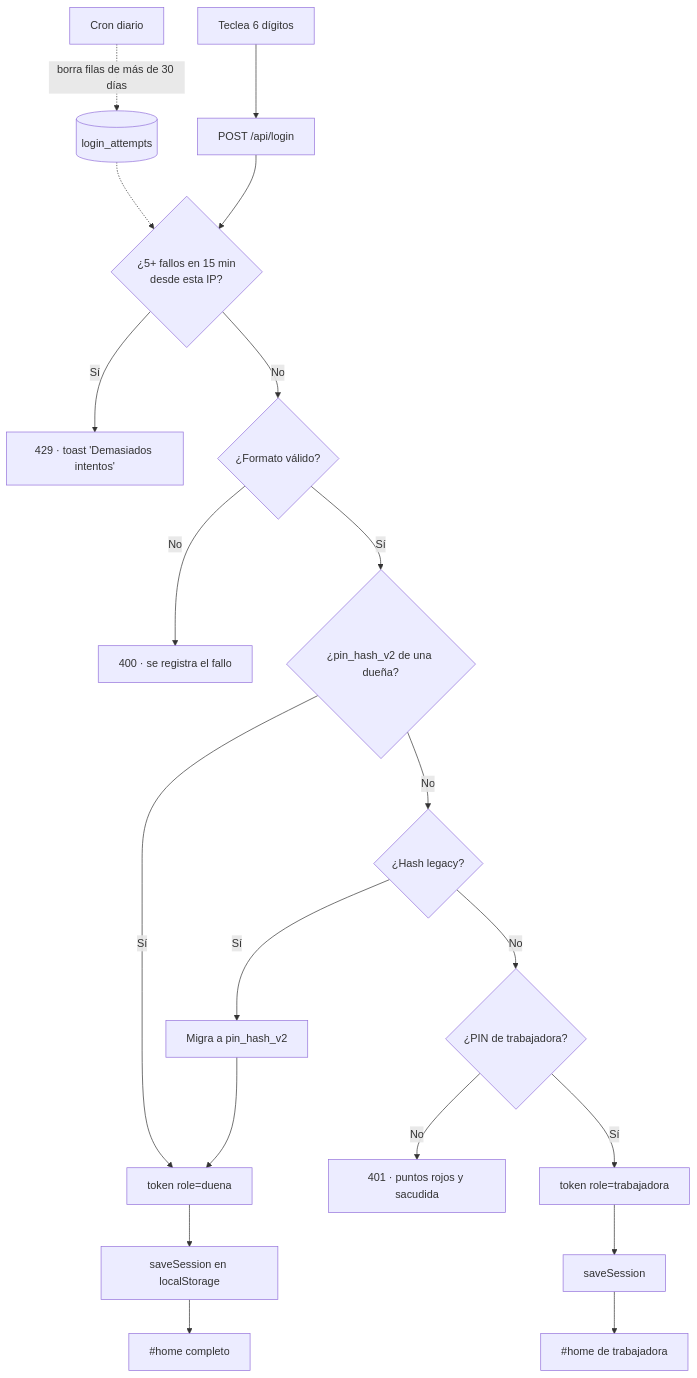
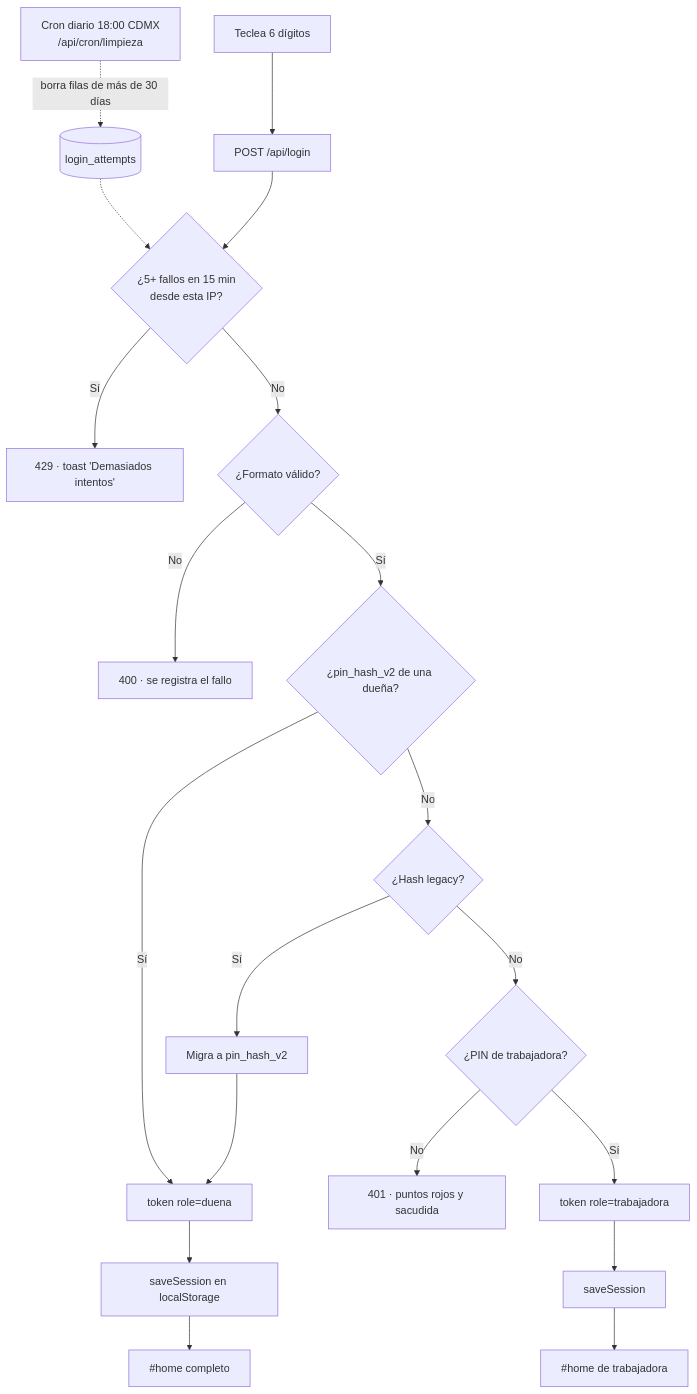
The second of 12 diagrams in docs/AppFlow.md (jesusangelsr12-dotcom/MarthaRdzApp), drawn with Mermaid before and after one commit. The commit also changed other lines of this file and 2 other files, not shown here.

````diff
--- a/docs/AppFlow.md
+++ b/docs/AppFlow.md
@@ -63,19 +74,19 @@
 ```mermaid
 flowchart TD
   A[Teclea 6 dígitos] --> B[POST /api/login]
   B --> C{¿5+ fallos en 15 min<br/>desde esta IP?}
   C -- Sí --> Z1[429 · toast 'Demasiados intentos']
   C -- No --> D{¿Formato válido?}
   D -- No --> Z2[400 · se registra el fallo]
   D -- Sí --> E{¿pin_hash_v2 de una dueña?}
   E -- No --> F{¿Hash legacy?}
   F -- Sí --> F2[Migra a pin_hash_v2] --> OK
   F -- No --> G{¿PIN de trabajadora?}
   G -- No --> Z3[401 · puntos rojos y sacudida]
   G -- Sí --> OKT[token role=trabajadora]
   E -- Sí --> OK[token role=duena]
   OK --> S[saveSession en localStorage] --> H["#home completo"]
   OKT --> S2[saveSession] --> H2["#home de trabajadora"]
   DB[(login_attempts)] -.-> C
-  CR[Cron diario] -.->|"borra filas de más de 30 días"| DB
+  CR["Cron diario 18:00 CDMX<br/>/api/cron/limpieza"] -.->|"borra filas de más de 30 días"| DB
 ```
````
